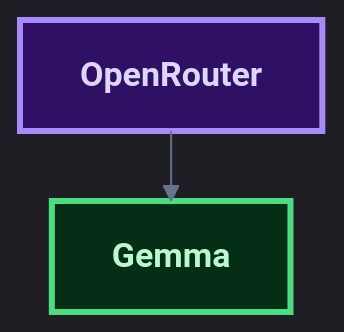
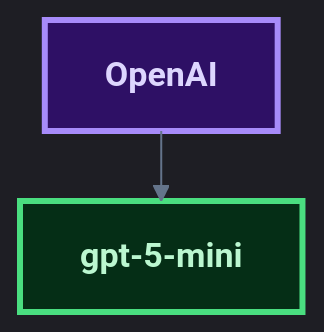
The fourth of 6 diagrams in README.MD (Alex-is-Gonzalez/Daisy_Health), drawn with Mermaid before and after one commit. The commit also changed other lines of this file and 18 other files, not shown here.

````diff
--- a/README.MD
+++ b/README.MD
@@ -348,23 +347,23 @@
 ```mermaid
 ---
 config:
   layout: elk
   theme: dark
   themeVariables:
     background: '#0b1120'
     primaryTextColor: '#f8fafc'
     lineColor: '#64748b'
     fontFamily: ''
     fontSize: 17px
 ---
 flowchart TB
-    D["OpenRouter"] --> E["Gemma"]
+    D["OpenAI"] --> E["gpt-5-mini"]
 
      D:::gateway
      E:::language
     classDef source fill:#172554,stroke:#818cf8,color:#f8fafc,stroke-width:3px,font-weight:bold
     classDef model fill:#431407,stroke:#fb923c,color:#fed7aa,stroke-width:3px,font-weight:bold
     classDef storage fill:#082f49,stroke:#38bdf8,color:#bae6fd,stroke-width:3px,font-weight:bold
     classDef gateway fill:#2e1065,stroke:#a78bfa,color:#ddd6fe,stroke-width:3px,font-weight:bold
     classDef language fill:#052e16,stroke:#4ade80,color:#bbf7d0,stroke-width:3px,font-weight:bold
 ```
````
